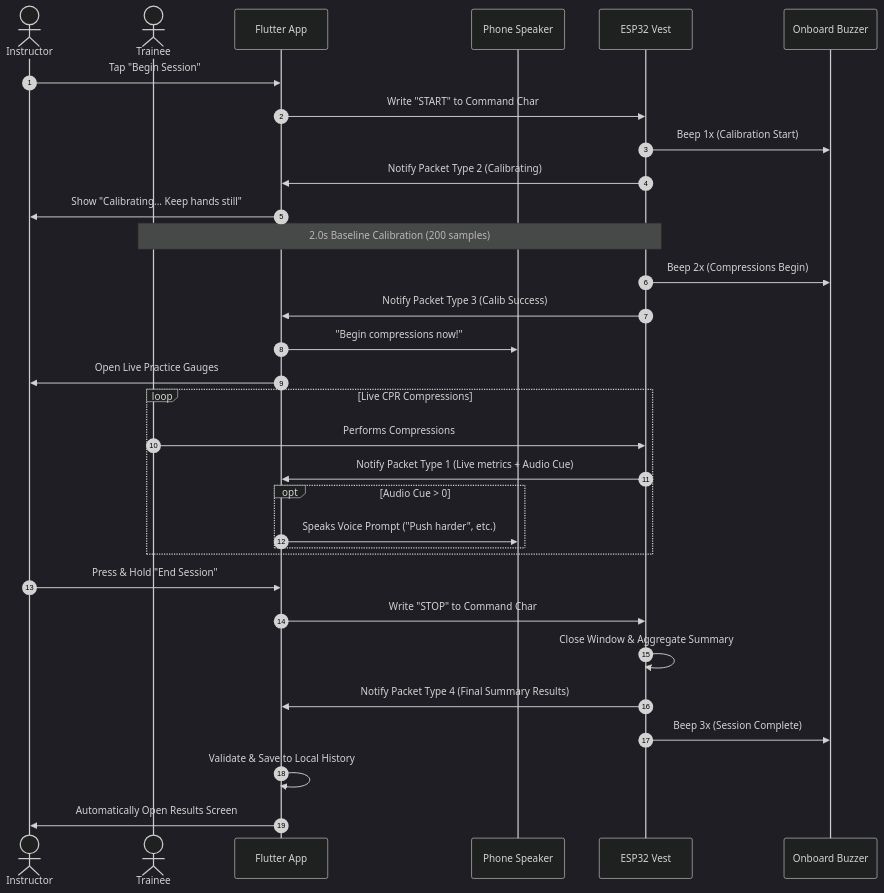
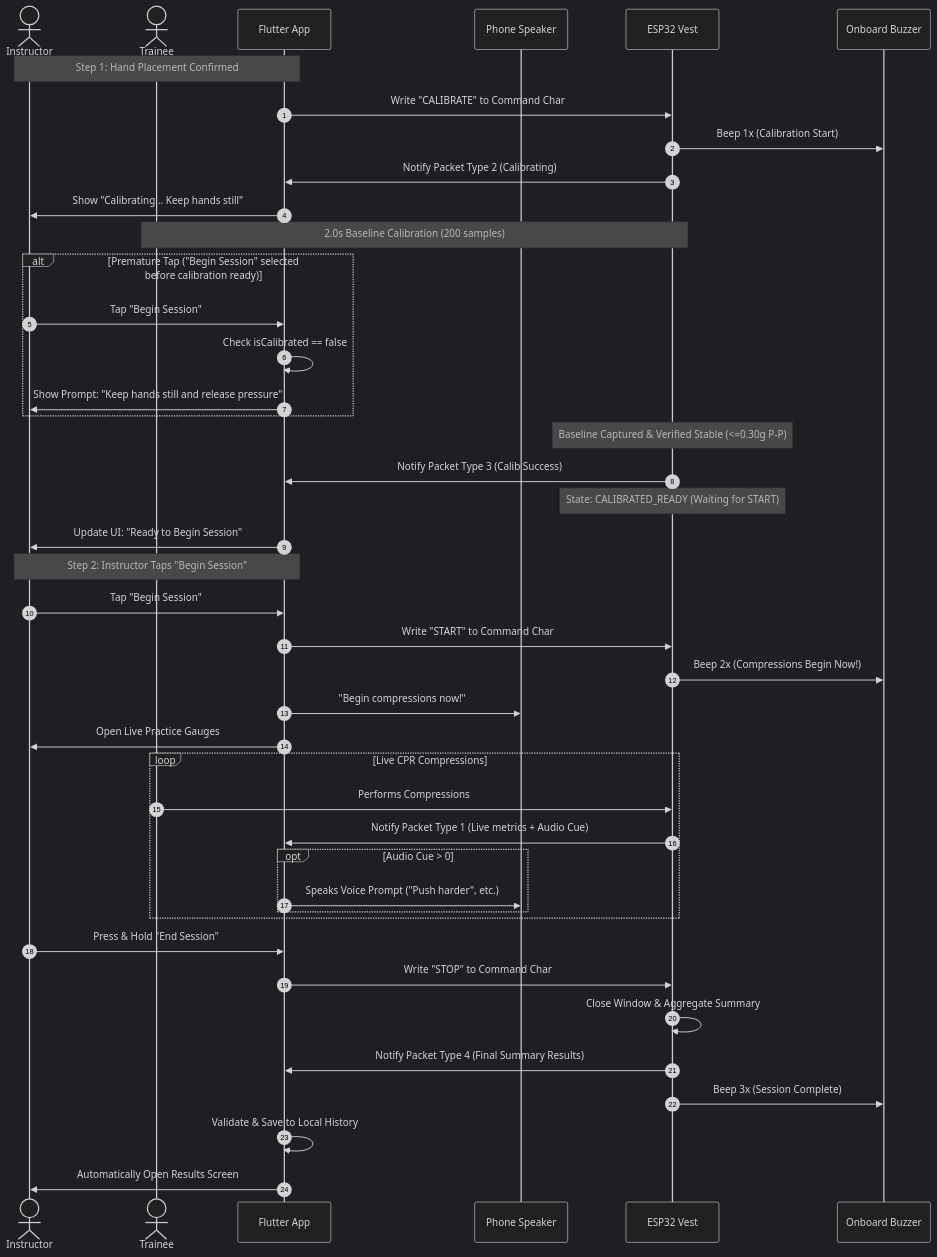
The first of 2 diagrams in CPReady_Program/docs/SOFTWARE_DEVELOPER_GUIDE.md (Marni3/CPReady), drawn with Mermaid (dark theme) before and after one commit. The commit also changed other lines of this file and 5 other files, not shown here.

Commit message:
feat: added explicit calibration BLE flow, command gating, and improved calibration configuration

````diff
--- a/CPReady_Program/docs/SOFTWARE_DEVELOPER_GUIDE.md
+++ b/CPReady_Program/docs/SOFTWARE_DEVELOPER_GUIDE.md
@@ -227,37 +264,51 @@
 ```mermaid
 sequenceDiagram
     autonumber
     actor Instructor
     actor Trainee
     participant App as Flutter App
     participant PhoneSPK as Phone Speaker
     participant ESP32 as ESP32 Vest
     participant Buzzer as Onboard Buzzer
 
-    Instructor->>App: Tap "Begin Session"
-    App->>ESP32: Write "START" to Command Char
+    Note over Instructor,App: Step 1: Hand Placement Confirmed
+    App->>ESP32: Write "CALIBRATE" to Command Char
     ESP32->>Buzzer: Beep 1x (Calibration Start)
     ESP32->>App: Notify Packet Type 2 (Calibrating)
     App->>Instructor: Show "Calibrating... Keep hands still"
     Note over Trainee,ESP32: 2.0s Baseline Calibration (200 samples)
-    ESP32->>Buzzer: Beep 2x (Compressions Begin)
+
+    alt Premature Tap ("Begin Session" selected before calibration ready)
+        Instructor->>App: Tap "Begin Session"
+        App->>App: Check isCalibrated == false
+        App->>Instructor: Show Prompt: "Keep hands still and release pressure"
+    end
+
+    Note over ESP32: Baseline Captured & Verified Stable (<=0.30g P-P)
     ESP32->>App: Notify Packet Type 3 (Calib Success)
+    Note over ESP32: State: CALIBRATED_READY (Waiting for START)
+    App->>Instructor: Update UI: "Ready to Begin Session"
+
+    Note over Instructor,App: Step 2: Instructor Taps "Begin Session"
+    Instructor->>App: Tap "Begin Session"
+    App->>ESP32: Write "START" to Command Char
+    ESP32->>Buzzer: Beep 2x (Compressions Begin Now!)
     App->>PhoneSPK: "Begin compressions now!"
     App->>Instructor: Open Live Practice Gauges
     
     loop Live CPR Compressions
         Trainee->>ESP32: Performs Compressions
         ESP32->>App: Notify Packet Type 1 (Live metrics + Audio Cue)
         opt Audio Cue > 0
             App->>PhoneSPK: Speaks Voice Prompt ("Push harder", etc.)
         end
     end
 
     Instructor->>App: Press & Hold "End Session"
     App->>ESP32: Write "STOP" to Command Char
     ESP32->>ESP32: Close Window & Aggregate Summary
     ESP32->>App: Notify Packet Type 4 (Final Summary Results)
     ESP32->>Buzzer: Beep 3x (Session Complete)
     App->>App: Validate & Save to Local History
     App->>Instructor: Automatically Open Results Screen
 ```
````
